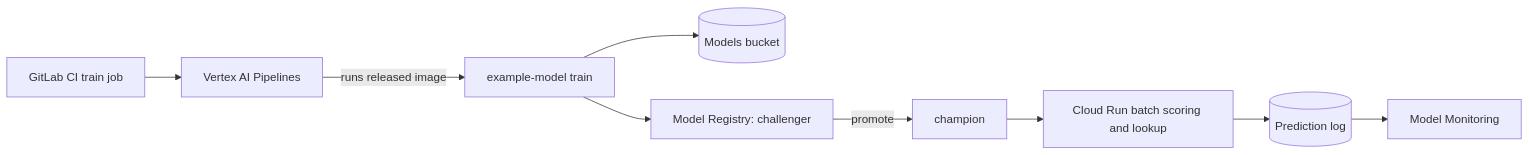
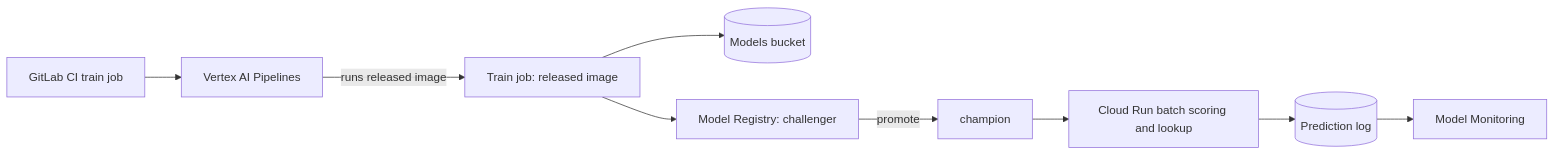
The diagram in docs/technology/vertex-ai.md (charleskelley/handbook), drawn with Mermaid before and after one commit. The commit also changed other lines of this file and 118 other files, not shown here.

````diff
--- a/docs/technology/vertex-ai.md
+++ b/docs/technology/vertex-ai.md
@@ -25,10 +22,10 @@
 ```mermaid
 flowchart LR
     CI[GitLab CI train job] --> P[Vertex AI Pipelines]
-    P -- runs released image --> T[example-model train]
+    P -- runs released image --> T[Train job: released image]
     T --> B[(Models bucket)]
     T --> R[Model Registry: challenger]
     R -- promote --> C[champion]
     C --> S[Cloud Run batch scoring and lookup]
     S --> L[(Prediction log)] --> MM[Model Monitoring]
 ```
````
